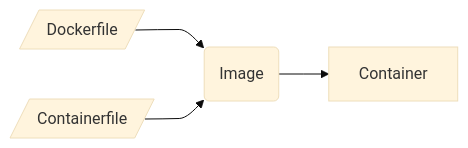
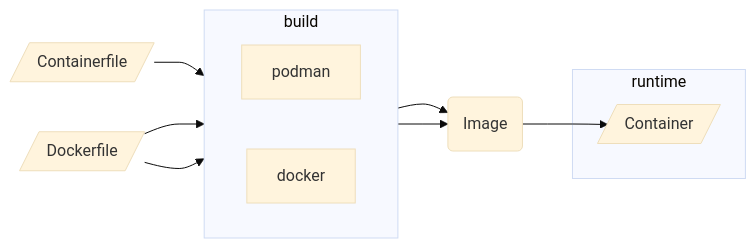
The diagram in docker.md (serverhorror/brain), drawn with Mermaid (base theme) before and after one commit. The commit also changed other lines of this file and 12 other files, not shown here.

````diff
--- a/docker.md
+++ b/docker.md
@@ -29,11 +29,30 @@
 ```mermaid
 %%{ init: { 'flowchart': { 'curve': 'monotoneX' } } }%%
 graph LR
 
 dockerfile[/Dockerfile/]
 containerfile[/Containerfile/]
+
+podman_build[podman]
+docker_build[docker]
+
 image(Image)
-container[Container]
+container[/Container/]
 
-dockerfile & containerfile --> image --> container
+
+subgraph build
+  direction LR
+  docker_build
+  podman_build
+end
+
+containerfile-->podman_build
+dockerfile-->podman_build
+dockerfile-->docker_build
+
+subgraph runtime
+container
+end
+
+podman_build & docker_build-->image-->container
 ```
````
